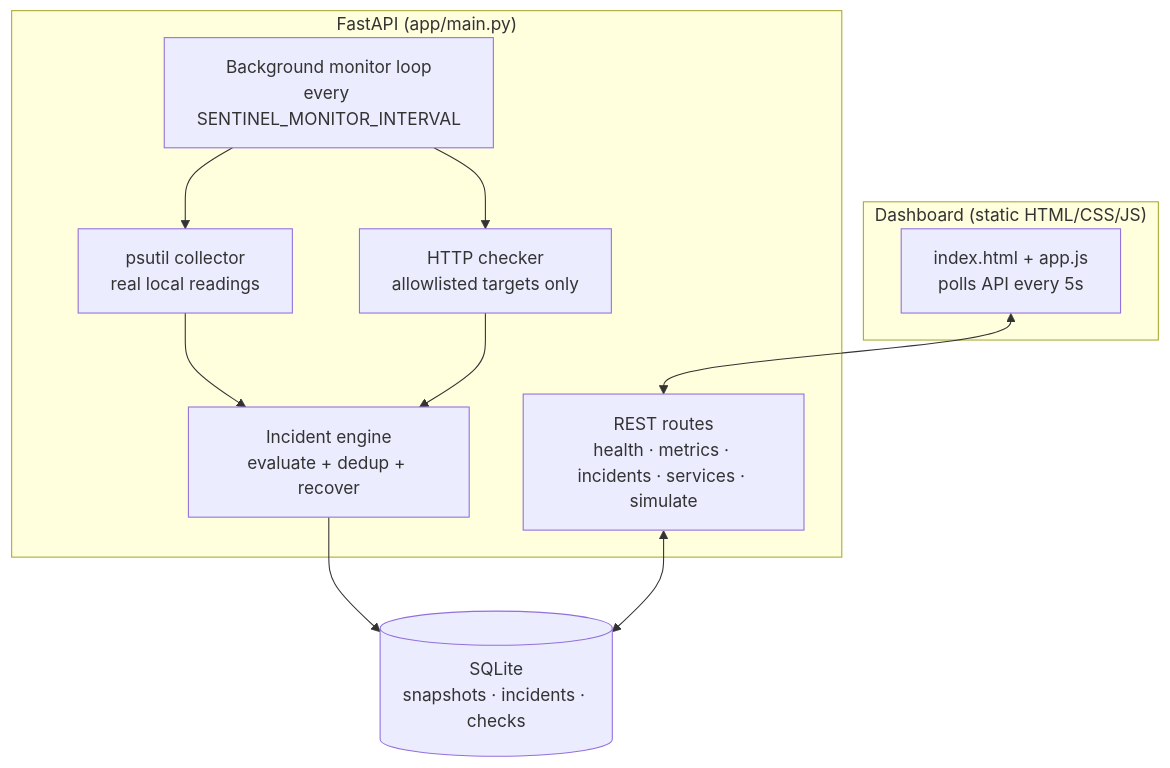
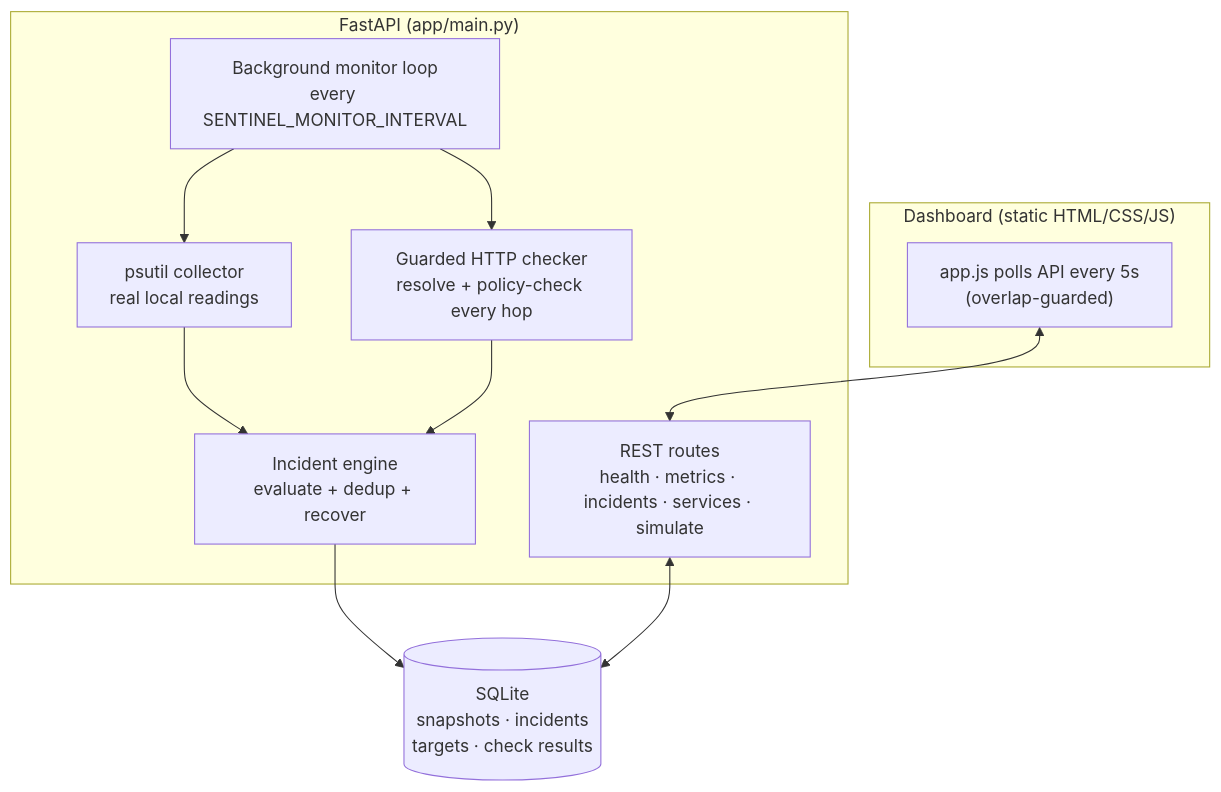
The diagram in README.md (Vardhan32/cloudops-sentinel), drawn with Mermaid before and after one commit. The commit also changed other lines of this file and 24 other files, not shown here.

````diff
--- a/README.md
+++ b/README.md
@@ -38,18 +26,18 @@
 ```mermaid
 flowchart TB
     subgraph Browser["Dashboard (static HTML/CSS/JS)"]
-        UI["index.html + app.js<br/>polls API every 5s"]
+        UI["app.js polls API every 5s<br/>(overlap-guarded)"]
     end
     subgraph App["FastAPI (app/main.py)"]
         Routes["REST routes<br/>health · metrics · incidents · services · simulate"]
         Loop["Background monitor loop<br/>every SENTINEL_MONITOR_INTERVAL"]
         Engine["Incident engine<br/>evaluate + dedup + recover"]
-        Checks["HTTP checker<br/>allowlisted targets only"]
+        Guard["Guarded HTTP checker<br/>resolve + policy-check every hop"]
         Collector["psutil collector<br/>real local readings"]
     end
-    DB[("SQLite<br/>snapshots · incidents · checks")]
+    DB[("SQLite<br/>snapshots · incidents<br/>targets · check results")]
     UI <--> Routes
     Loop --> Collector --> Engine --> DB
-    Loop --> Checks --> Engine
+    Loop --> Guard --> Engine
     Routes <--> DB
 ```
````
